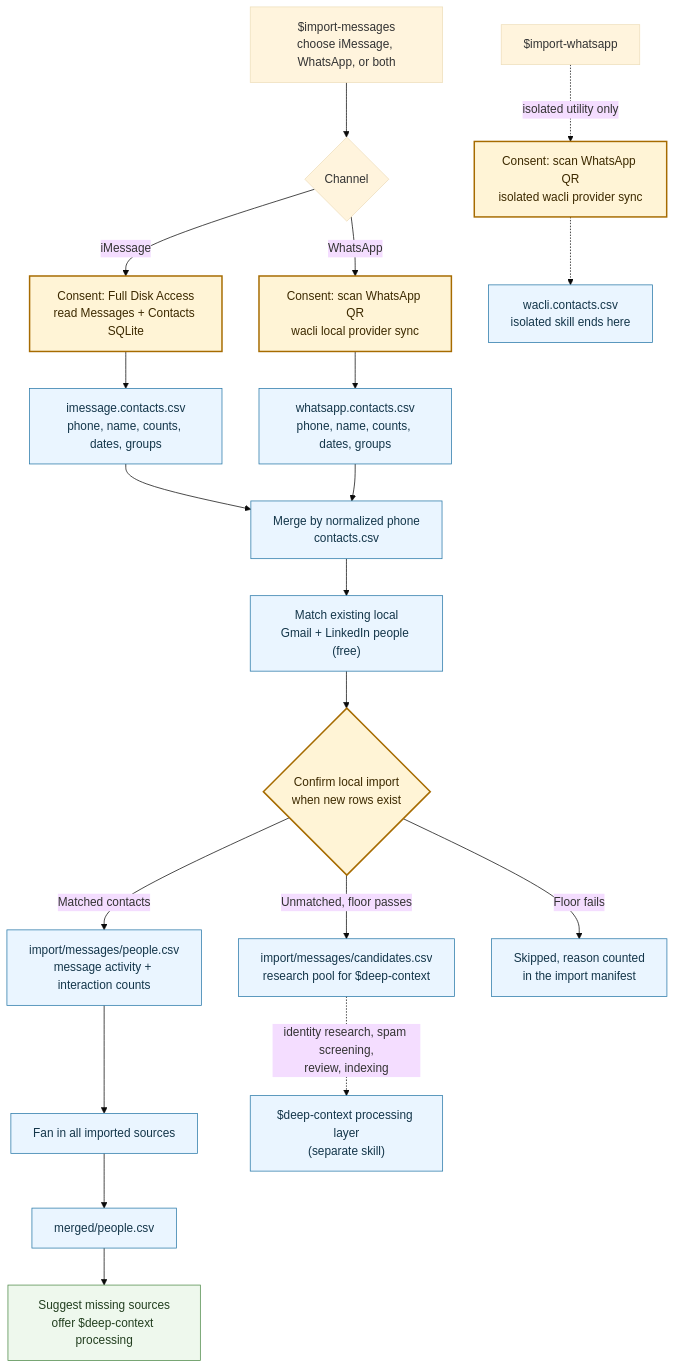
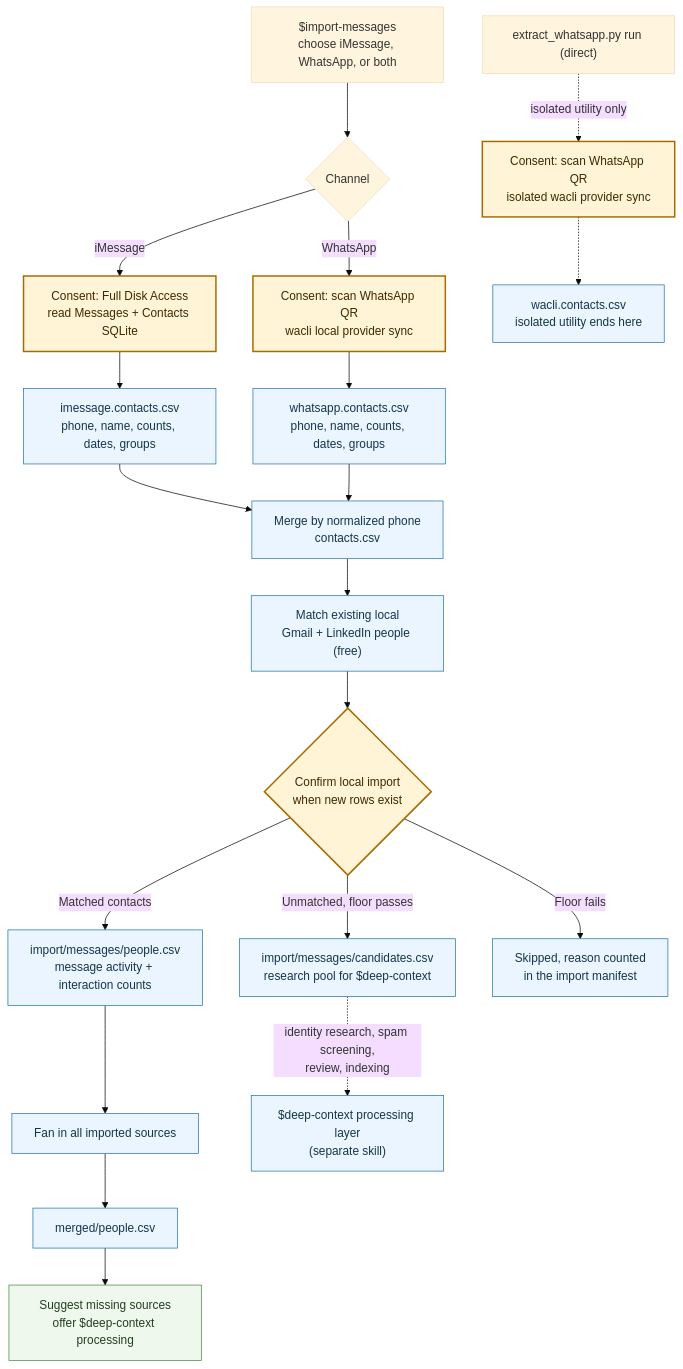
Before and after one commit to powerset-co/powerpacks: the diagram in packs/ingestion/docs/message-import-pipeline.md, drawn with Mermaid (base theme). The commit also changed other lines of this file and 363 other files, not shown here.

````diff
--- a/packs/ingestion/docs/message-import-pipeline.md
+++ b/packs/ingestion/docs/message-import-pipeline.md
@@ -45,30 +68,30 @@
 ```mermaid
 flowchart TD
     A["$import-messages<br/>choose iMessage, WhatsApp, or both"] --> B{"Channel"}
     B -->|iMessage| C["Consent: Full Disk Access<br/>read Messages + Contacts SQLite"]
     B -->|WhatsApp| D["Consent: scan WhatsApp QR<br/>wacli local provider sync"]
     C --> E["imessage.contacts.csv<br/>phone, name, counts, dates, groups"]
     D --> F["whatsapp.contacts.csv<br/>phone, name, counts, dates, groups"]
     E --> G["Merge by normalized phone<br/>contacts.csv"]
     F --> G
 
     G --> H["Match existing local<br/>Gmail + LinkedIn people (free)"]
     H --> P{"Confirm local import<br/>when new rows exist"}
     P -->|Matched contacts| Q["import/messages/people.csv<br/>message activity + interaction counts"]
     P -->|Unmatched, floor passes| Q1["import/messages/candidates.csv<br/>research pool for $deep-context"]
     P -->|Floor fails| Q2["Skipped, reason counted<br/>in the import manifest"]
 
     Q --> R["Fan in all imported sources"]
     R --> S["merged/people.csv"]
     S --> T["Suggest missing sources<br/>offer $deep-context processing"]
     Q1 -. "identity research, spam screening,<br/>review, indexing" .-> U["$deep-context processing layer<br/>(separate skill)"]
 
-    W["$import-whatsapp"] -. "isolated utility only" .-> D0["Consent: scan WhatsApp QR<br/>isolated wacli provider sync"]
-    D0 -.-> X["wacli.contacts.csv<br/>isolated skill ends here"]
+    W["extract_whatsapp.py run (direct)"] -. "isolated utility only" .-> D0["Consent: scan WhatsApp QR<br/>isolated wacli provider sync"]
+    D0 -.-> X["wacli.contacts.csv<br/>isolated utility ends here"]
     classDef gate fill:#fff4d6,stroke:#a66b00,color:#3d2a00,stroke-width:2px;
     classDef local fill:#eaf5ff,stroke:#2878a8,color:#14364a;
     classDef output fill:#eef8ed,stroke:#4f8a49,color:#233f20;
     class C,D,D0,P gate;
     class E,F,G,H,Q,Q1,Q2,R,S,U,X local;
     class T output;
 ```
````
